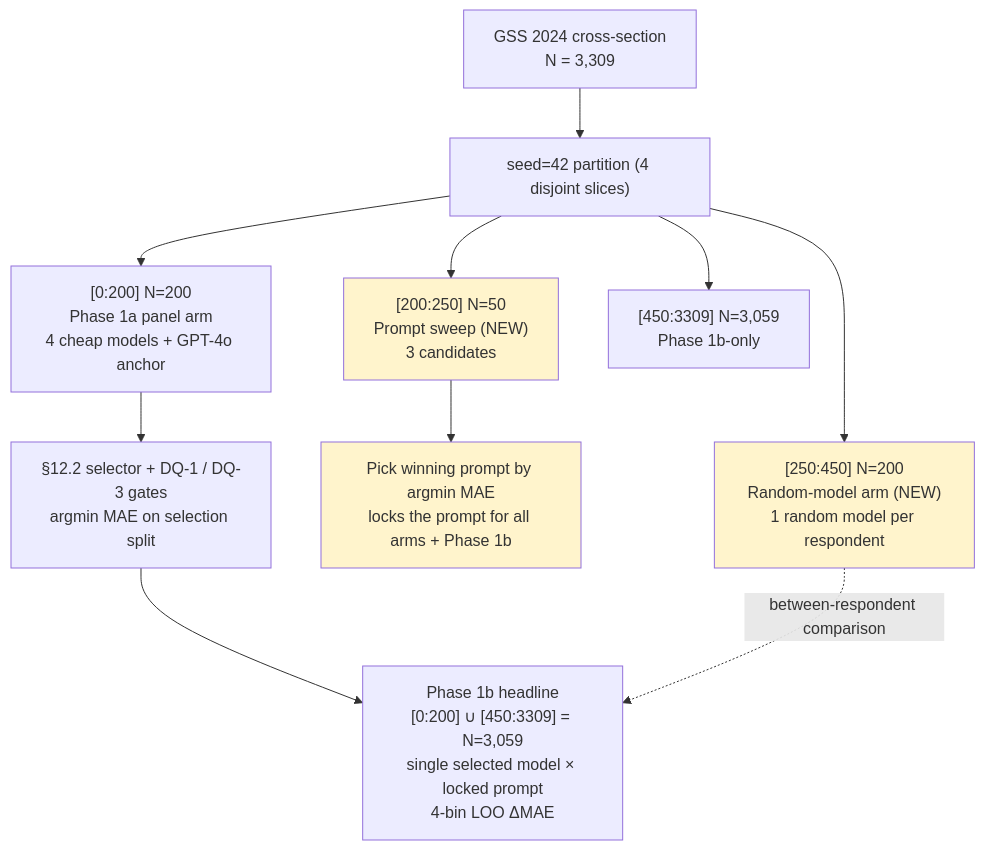
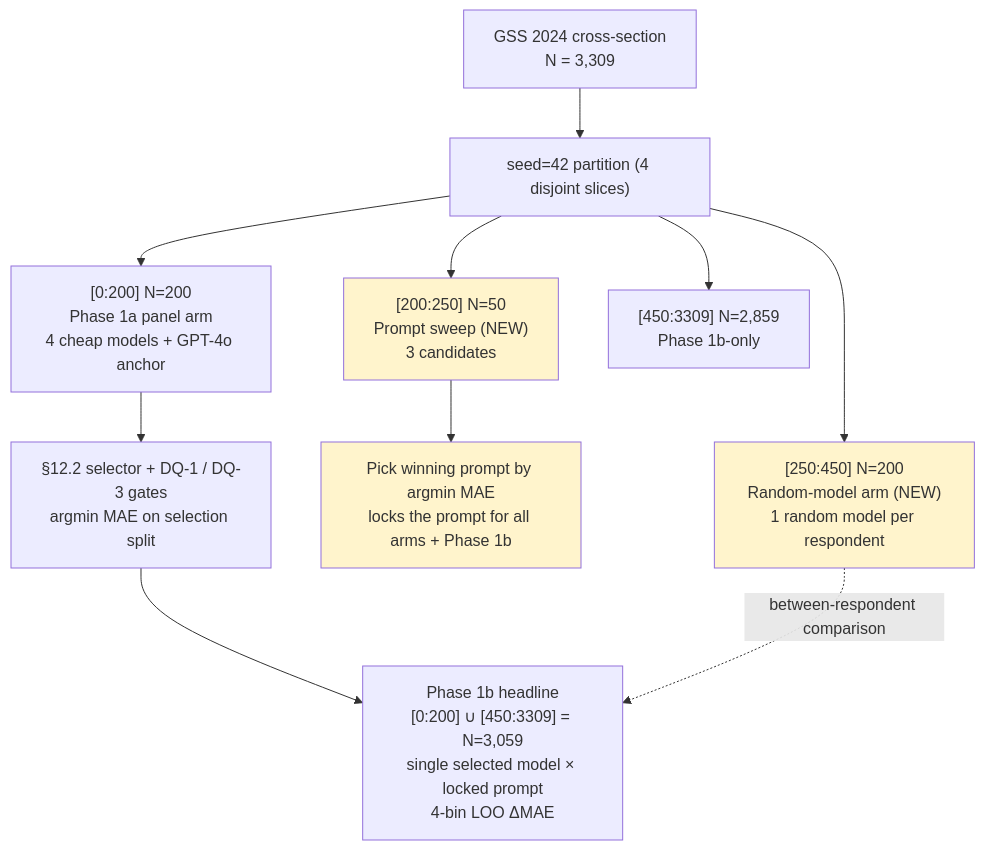
One commit to Joyceqx/gsbgen390-persona-pipeline changed the diagram in Project Brief — Phase 1A Updates 2026-05-15.md. Above: the diagram before and after it, drawn with Mermaid. The commit also changed other lines of this file, not shown here.

````diff
--- a/Project Brief — Phase 1A Updates 2026-05-15.md
+++ b/Project Brief — Phase 1A Updates 2026-05-15.md
@@ -33,21 +33,21 @@
 ```mermaid
 flowchart TD
     A["GSS 2024 cross-section<br/>N = 3,309"]
     A --> Z["seed=42 partition (4 disjoint slices)"]
 
     Z --> P["[0:200] N=200<br/>Phase 1a panel arm<br/>4 cheap models + GPT-4o anchor"]
     Z --> S["[200:250] N=50<br/>Prompt sweep (NEW)<br/>3 candidates"]
     Z --> R["[250:450] N=200<br/>Random-model arm (NEW)<br/>1 random model per respondent"]
-    Z --> H["[450:3309] N=3,059<br/>Phase 1b-only"]
+    Z --> H["[450:3309] N=2,859<br/>Phase 1b-only"]
 
     S --> SP["Pick winning prompt by argmin MAE<br/>locks the prompt for all arms + Phase 1b"]
 
     P --> SEL["§12.2 selector + DQ-1 / DQ-3 gates<br/>argmin MAE on selection split"]
     SEL --> B1B["Phase 1b headline<br/>[0:200] ∪ [450:3309] = N=3,059<br/>single selected model × locked prompt<br/>4-bin LOO ΔMAE"]
 
     R -.between-respondent comparison.-> B1B
 
     style S fill:#fff4cc
     style SP fill:#fff4cc
     style R fill:#fff4cc
 ```
````
